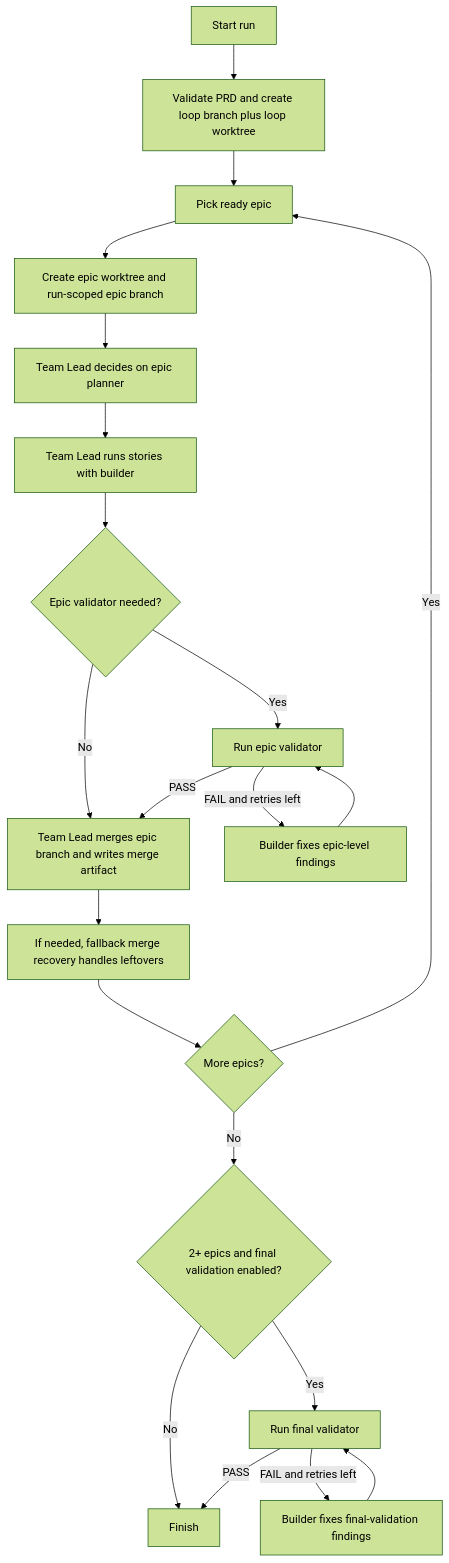
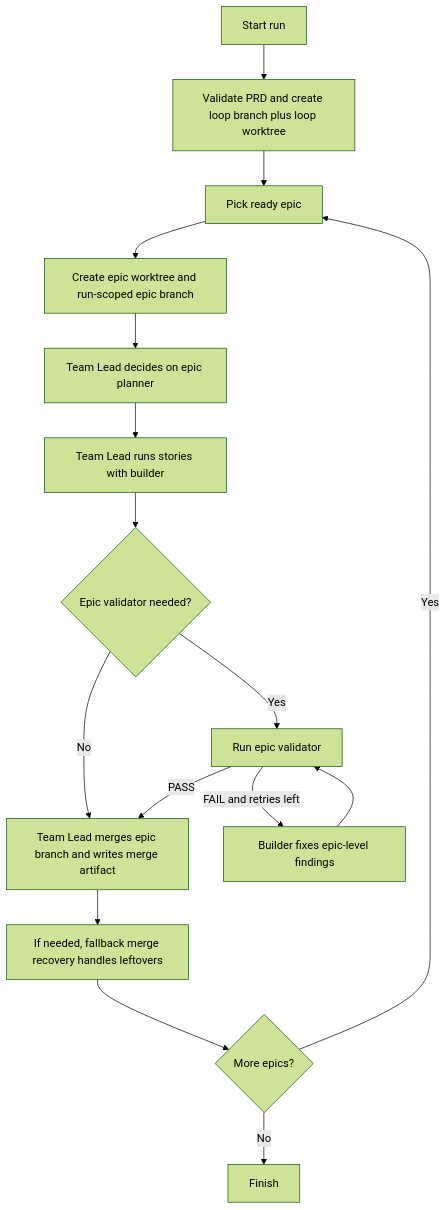
The diagram in README.md (tuansondinh/ralph-teams), drawn with Mermaid (forest theme) before and after one commit. The commit also changed other lines of this file and 4 other files, not shown here.

````diff
--- a/README.md
+++ b/README.md
@@ -45,23 +45,18 @@
 ```mermaid
 flowchart TD
     A[Start run] --> B[Validate PRD and create loop branch plus loop worktree]
     B --> C[Pick ready epic]
     C --> D[Create epic worktree and run-scoped epic branch]
     D --> E[Team Lead decides on epic planner]
     E --> F[Team Lead runs stories with builder]
     F --> G{Epic validator needed?}
     G -->|No| J[Team Lead merges epic branch and writes merge artifact]
     G -->|Yes| H[Run epic validator]
     H -->|PASS| J
     H -->|FAIL and retries left| I[Builder fixes epic-level findings]
     I --> H
     J --> K[If needed, fallback merge recovery handles leftovers]
     K --> L{More epics?}
     L -->|Yes| C
-    L -->|No| M{2+ epics and final validation enabled?}
-    M -->|No| P[Finish]
-    M -->|Yes| N[Run final validator]
-    N -->|PASS| P
-    N -->|FAIL and retries left| O[Builder fixes final-validation findings]
-    O --> N
+    L -->|No| P[Finish]
 ```
````
